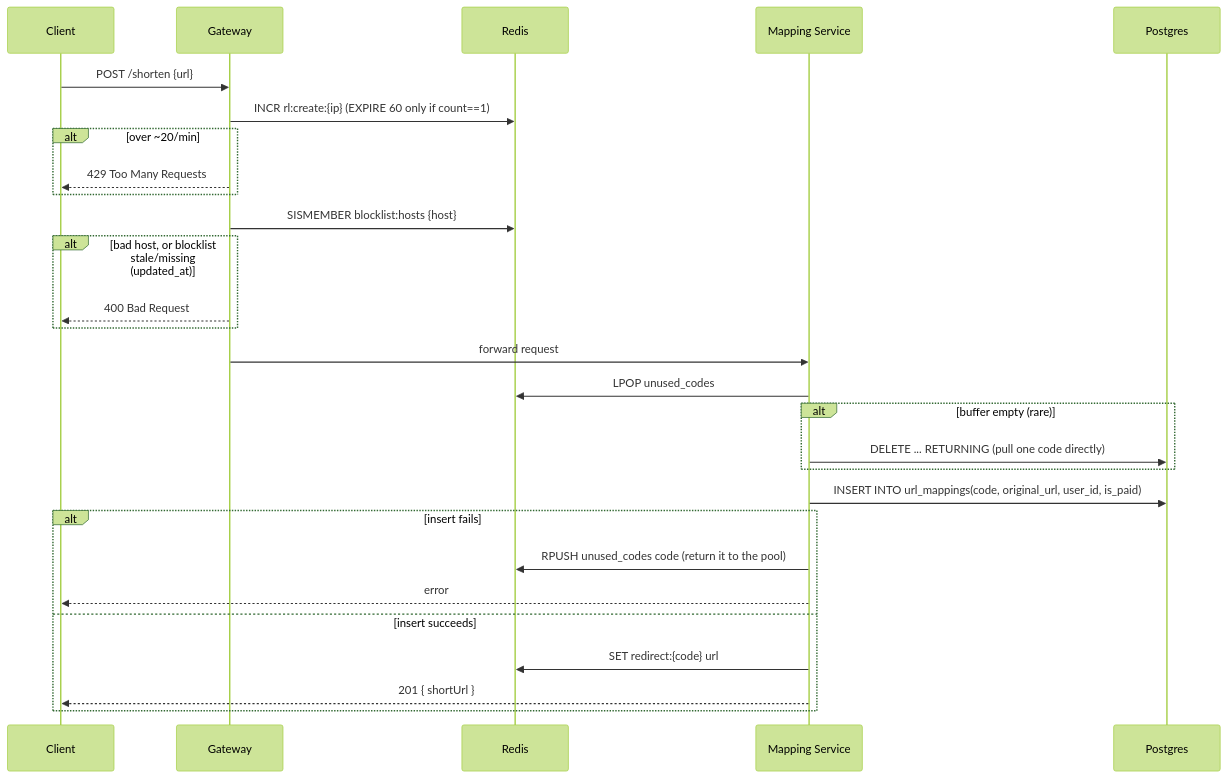
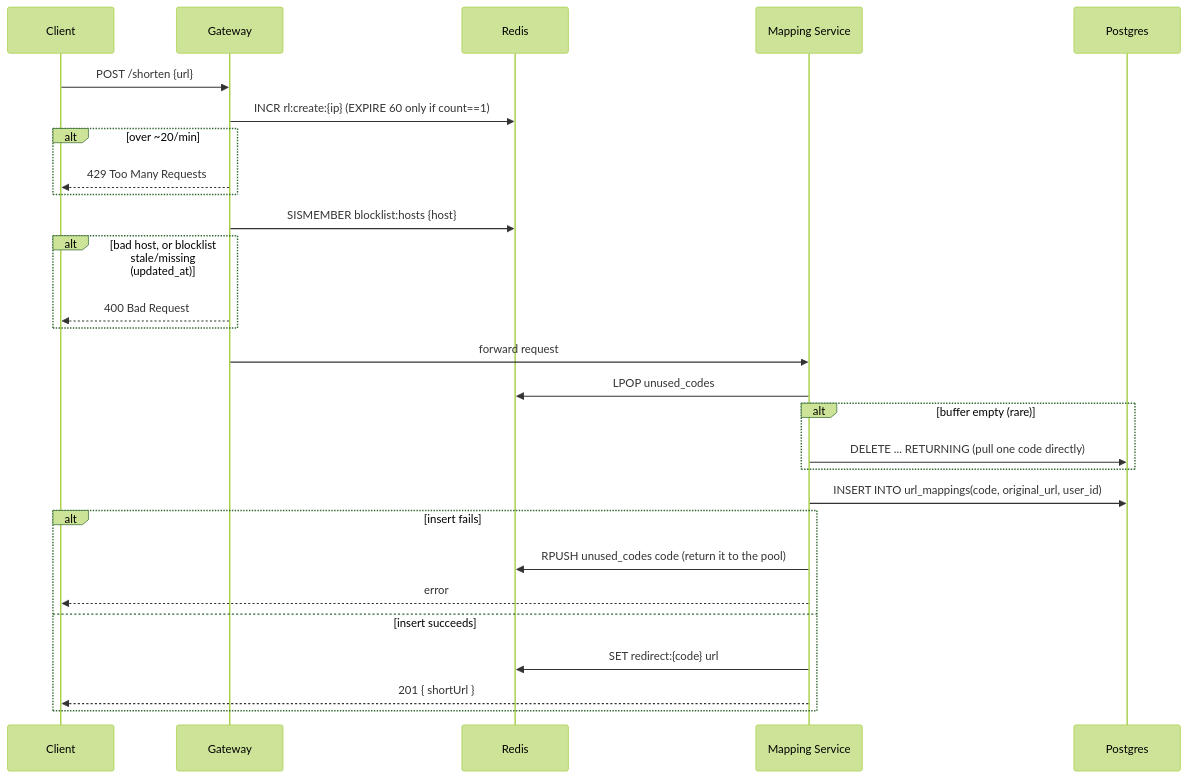
One commit to psquared-dev/java-questions changed the third of 7 diagrams in system-design/new/01. tinyurl.md. Above: the diagram before and after it, drawn with Mermaid (forest theme). The commit also changed other lines of this file, not shown here.

````diff
--- a/system-design/new/01. tinyurl.md
+++ b/system-design/new/01. tinyurl.md
@@ -475,30 +447,30 @@
 ```mermaid
 sequenceDiagram
     participant C as Client
     participant GW as Gateway
     participant R as Redis
     participant MS as Mapping Service
     participant PG as Postgres
     C ->> GW: POST /shorten {url}
     GW ->> R: INCR rl:create:{ip} (EXPIRE 60 only if count==1)
     alt over ~20/min
         GW -->> C: 429 Too Many Requests
     end
     GW ->> R: SISMEMBER blocklist:hosts {host}
     alt bad host, or blocklist stale/missing (updated_at)
         GW -->> C: 400 Bad Request
     end
     GW ->> MS: forward request
     MS ->> R: LPOP unused_codes
     alt buffer empty (rare)
         MS ->> PG: DELETE ... RETURNING (pull one code directly)
     end
-    MS ->> PG: INSERT INTO url_mappings(code, original_url, user_id, is_paid)
+    MS ->> PG: INSERT INTO url_mappings(code, original_url, user_id)
     alt insert fails
         MS ->> R: RPUSH unused_codes code (return it to the pool)
         MS -->> C: error
     else insert succeeds
         MS ->> R: SET redirect:{code} url
         MS -->> C: 201 { shortUrl }
     end
 ```
````
